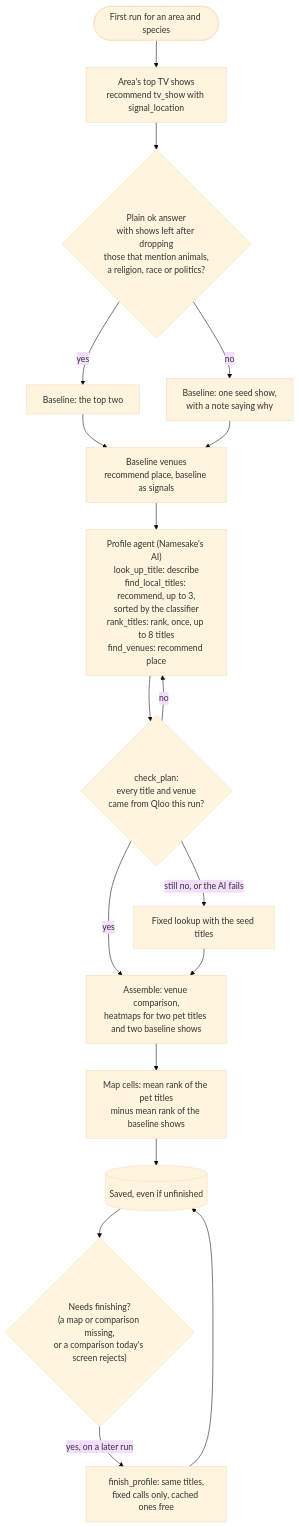
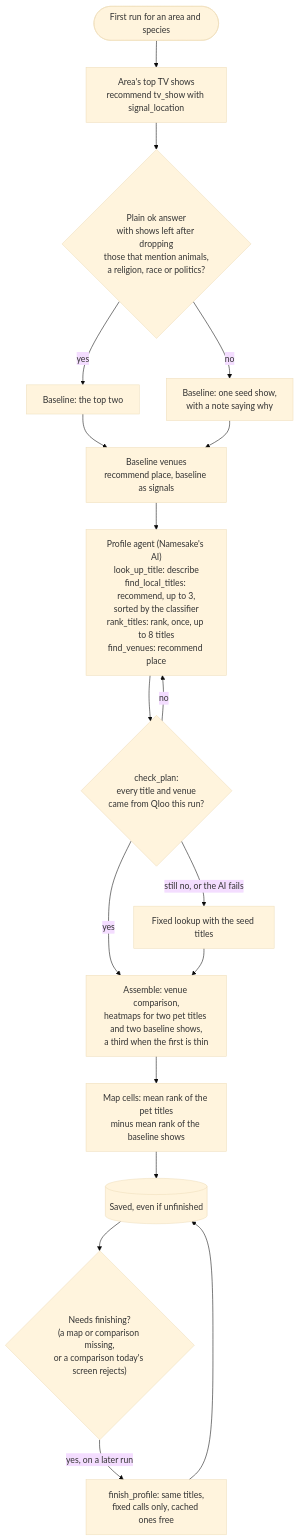
One commit to bsabau/namesake changed the third of 5 diagrams in docs/architecture.md. Above: the diagram before and after it, drawn with Mermaid (base theme). The commit also changed other lines of this file and 11 other files, not shown here.

````diff
--- a/docs/architecture.md
+++ b/docs/architecture.md
@@ -128,20 +128,20 @@
 ```mermaid
 flowchart TD
     start(["First run for an area and species"]) --> tastes["Area's top TV shows<br/>recommend tv_show with signal_location"]
     tastes --> usable{"Plain ok answer<br/>with shows left after dropping<br/>those that mention animals,<br/>a religion, race or politics?"}
     usable -- yes --> base["Baseline: the top two"]
     usable -- no --> seed["Baseline: one seed show,<br/>with a note saying why"]
     base --> basevenues["Baseline venues<br/>recommend place, baseline as signals"]
     seed --> basevenues
     basevenues --> ai["Profile agent (Namesake's AI)<br/>look_up_title: describe<br/>find_local_titles: recommend, up to 3,<br/>sorted by the classifier<br/>rank_titles: rank, once, up to 8 titles<br/>find_venues: recommend place"]
     ai --> check{"check_plan:<br/>every title and venue<br/>came from Qloo this run?"}
     check -- no --> ai
     check -- "still no, or the AI fails" --> fixed["Fixed lookup with the seed titles"]
     check -- yes --> assemble
-    fixed --> assemble["Assemble: venue comparison,<br/>heatmaps for two pet titles and two baseline shows"]
+    fixed --> assemble["Assemble: venue comparison,<br/>heatmaps for two pet titles and two baseline shows,<br/>a third when the first is thin"]
     assemble --> lift["Map cells: mean rank of the pet titles<br/>minus mean rank of the baseline shows"]
     lift --> save[("Saved, even if unfinished")]
     save --> later{"Needs finishing?<br/>(a map or comparison missing,<br/>or a comparison today's screen rejects)"}
     later -- "yes, on a later run" --> finish["finish_profile: same titles,<br/>fixed calls only, cached ones free"]
     finish --> save
 ```
````
